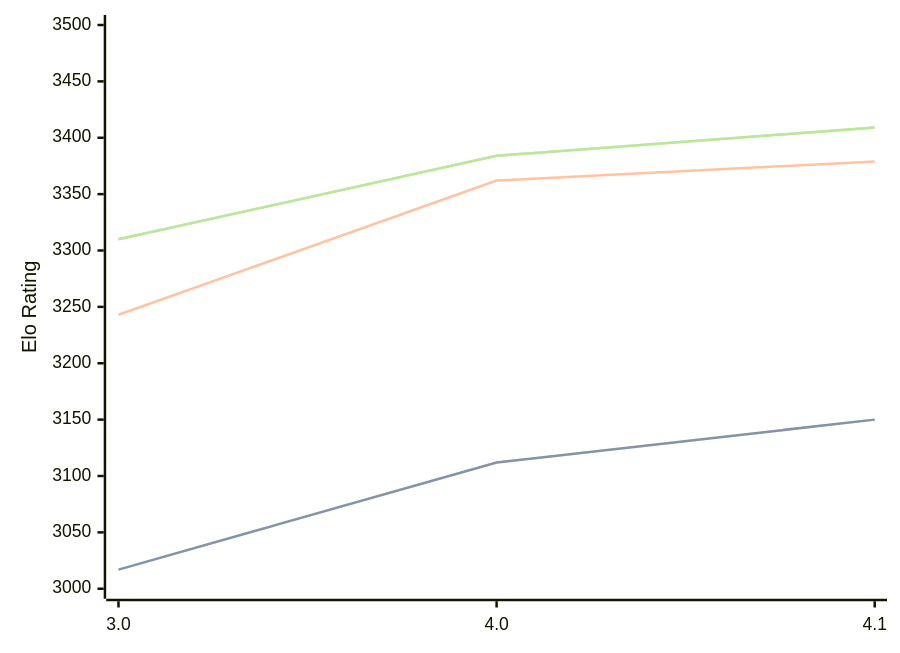
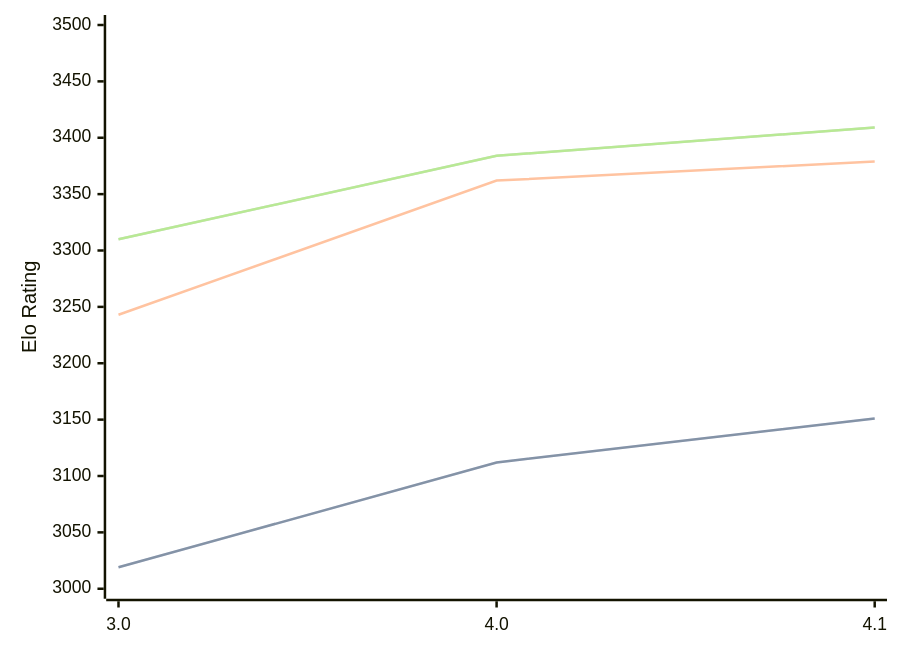
One commit to computer-chess-index/cci changed the first of 3 diagrams in engines/Eleanor.md. Above: the diagram before and after it, drawn with Mermaid. The commit also changed other lines of this file, not shown here.

````diff
--- a/engines/Eleanor.md
+++ b/engines/Eleanor.md
@@ -35,11 +35,11 @@
 ```mermaid
 %%{init: {"theme":"base","themeVariables":{"seriesColors:['#a3a3a3','#222221','#faa371']}}}%%
 xychart-beta
   x-axis ["3.0", "4.0", "4.1"]
   y-axis "Elo Rating" 3000 --> 3500
-  line "STC (8.0+0.08s)" [3017, 3112, 3150]
-  line "STC (8.0+0.08s)" [3017, 3112, 3150]
+  line "STC (8.0+0.08s)" [3019, 3112, 3151]
+  line "STC (8.0+0.08s)" [3019, 3112, 3151]
   line "LTC (60.0+0.60s)" [3243, 3362, 3379]
   line "VLTC (2m24s+1.12s)" [3310, 3384, 3409]
   line "VLTC (2m24s+1.12s)" [3310, 3384, 3409]
 ```
````
